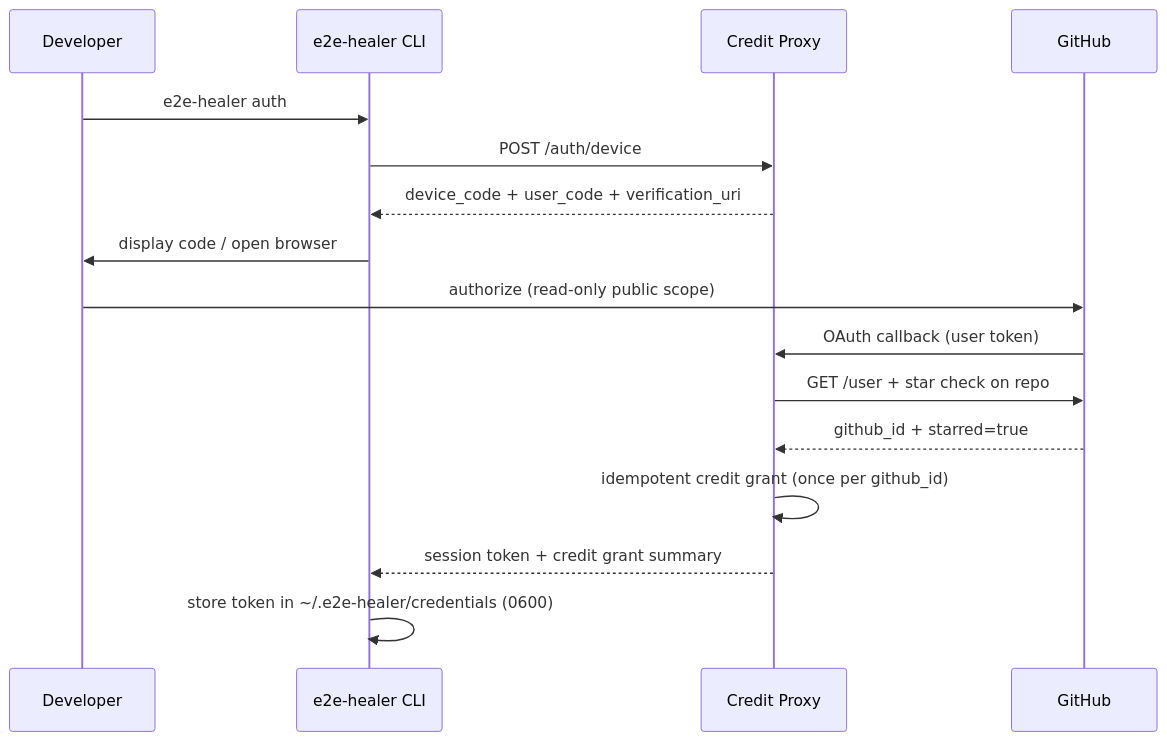
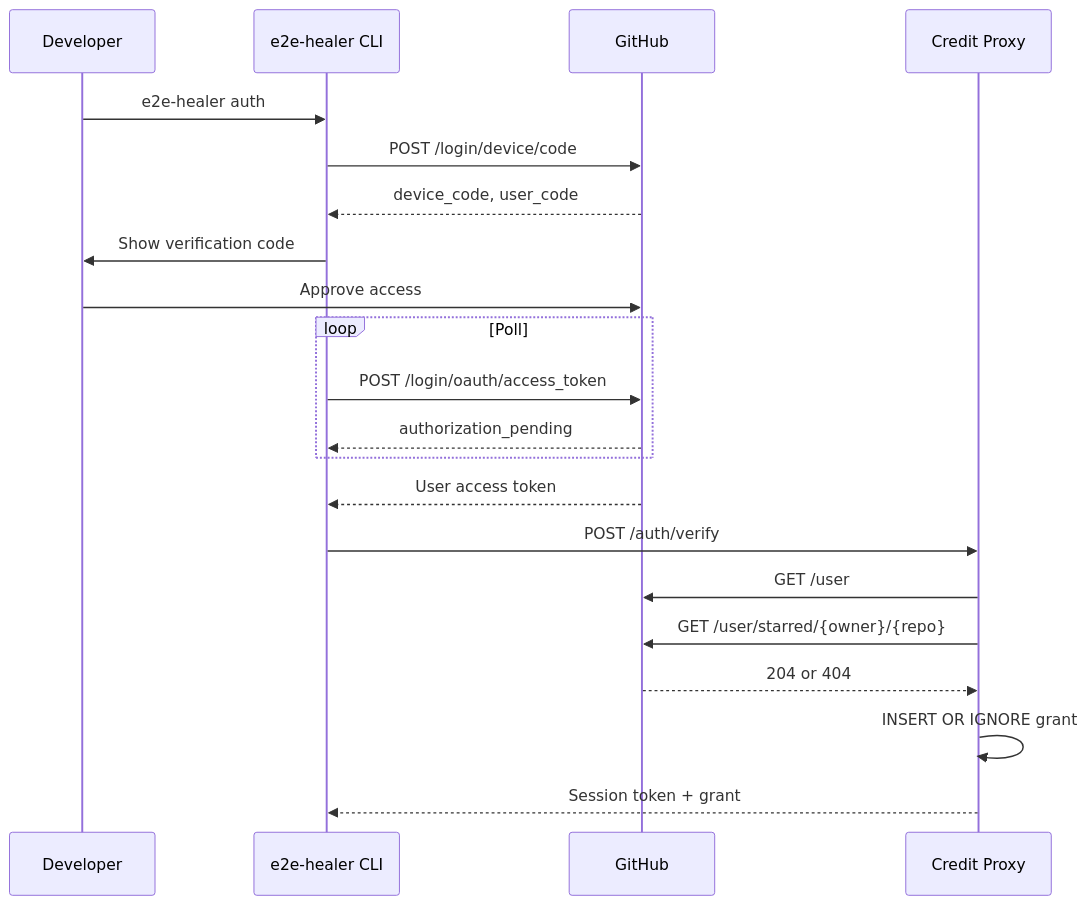
Before and after one commit to Avaneesh635/E2E-Self-Heal: the diagram in docs/rfc_star_credit_proxy.md, drawn with Mermaid. The commit also changed other lines of this file, not shown here.

Commit message:
docs(rfc): address review feedback on star credit proxy RFC

````diff
--- a/docs/rfc_star_credit_proxy.md
+++ b/docs/rfc_star_credit_proxy.md
@@ -54,19 +55,26 @@
 ```mermaid
 sequenceDiagram
     participant U as Developer
     participant CLI as e2e-healer CLI
+    participant GH as GitHub
     participant P as Credit Proxy
-    participant GH as GitHub
 
     U->>CLI: e2e-healer auth
-    CLI->>P: POST /auth/device
-    P-->>CLI: device_code + user_code + verification_uri
-    CLI->>U: display code / open browser
-    U->>GH: authorize (read-only public scope)
-    GH->>P: OAuth callback (user token)
-    P->>GH: GET /user + star check on repo
-    GH-->>P: github_id + starred=true
-    P->>P: idempotent credit grant (once per github_id)
-    P-->>CLI: session token + credit grant summary
-    CLI->>CLI: store token in ~/.e2e-healer/credentials (0600)
+    CLI->>GH: POST /login/device/code
+    GH-->>CLI: device_code, user_code
+    CLI->>U: Show verification code
+    U->>GH: Approve access
+
+    loop Poll
+        CLI->>GH: POST /login/oauth/access_token
+        GH-->>CLI: authorization_pending
+    end
+
+    GH-->>CLI: User access token
+    CLI->>P: POST /auth/verify
+    P->>GH: GET /user
+    P->>GH: GET /user/starred/{owner}/{repo}
+    GH-->>P: 204 or 404
+    P->>P: INSERT OR IGNORE grant
+    P-->>CLI: Session token + grant
 ```
````
